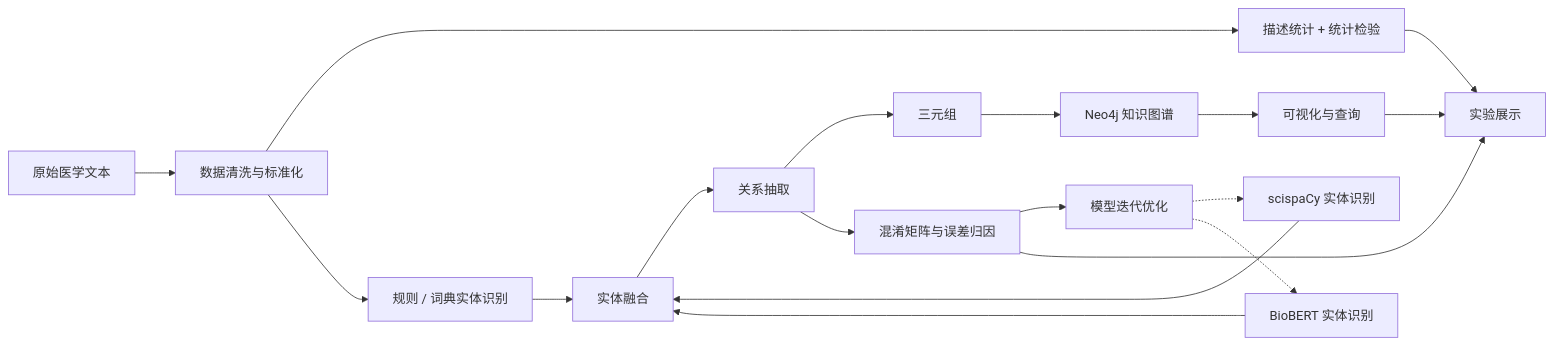
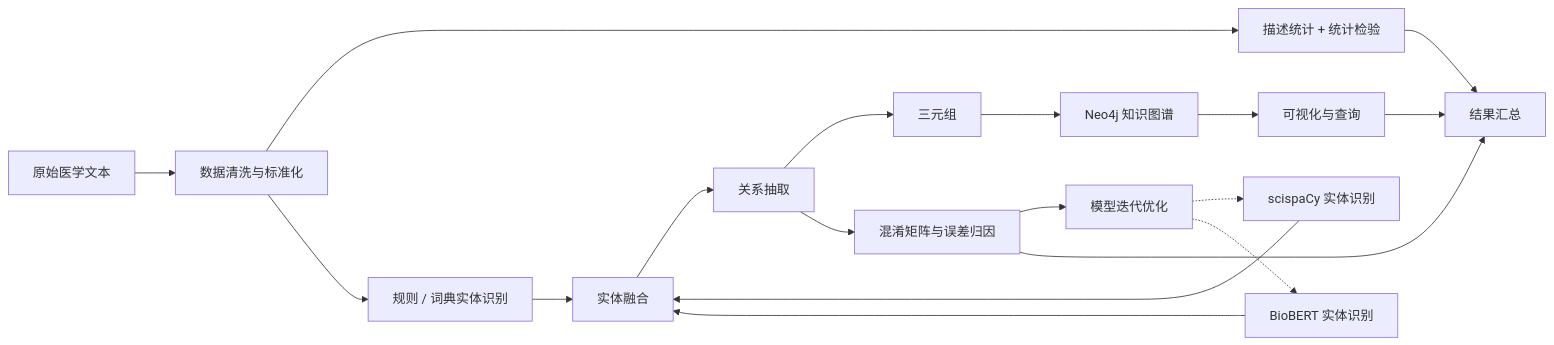
The diagram in README.md (joken645/-CBLUE-), drawn with Mermaid before and after one commit. The commit also changed other lines of this file and 2 other files, not shown here.

````diff
--- a/README.md
+++ b/README.md
@@ -27,20 +27,20 @@
 ```mermaid
 flowchart LR
     A[原始医学文本] --> B[数据清洗与标准化]
     B --> C1[描述统计 + 统计检验]
     B --> C2[规则 / 词典实体识别]
     C2 --> D[实体融合]
     D --> E[关系抽取]
     E --> F1[三元组]
     F1 --> G[Neo4j 知识图谱]
     G --> H[可视化与查询]
     E --> F2[混淆矩阵与误差归因]
     F2 --> I[模型迭代优化]
     I -.-> J[scispaCy 实体识别]
     I -.-> K[BioBERT 实体识别]
     J --> D
     K --> D
-    H --> L[实验展示]
+    H --> L[结果汇总]
     C1 --> L
     F2 --> L
 ```
````
